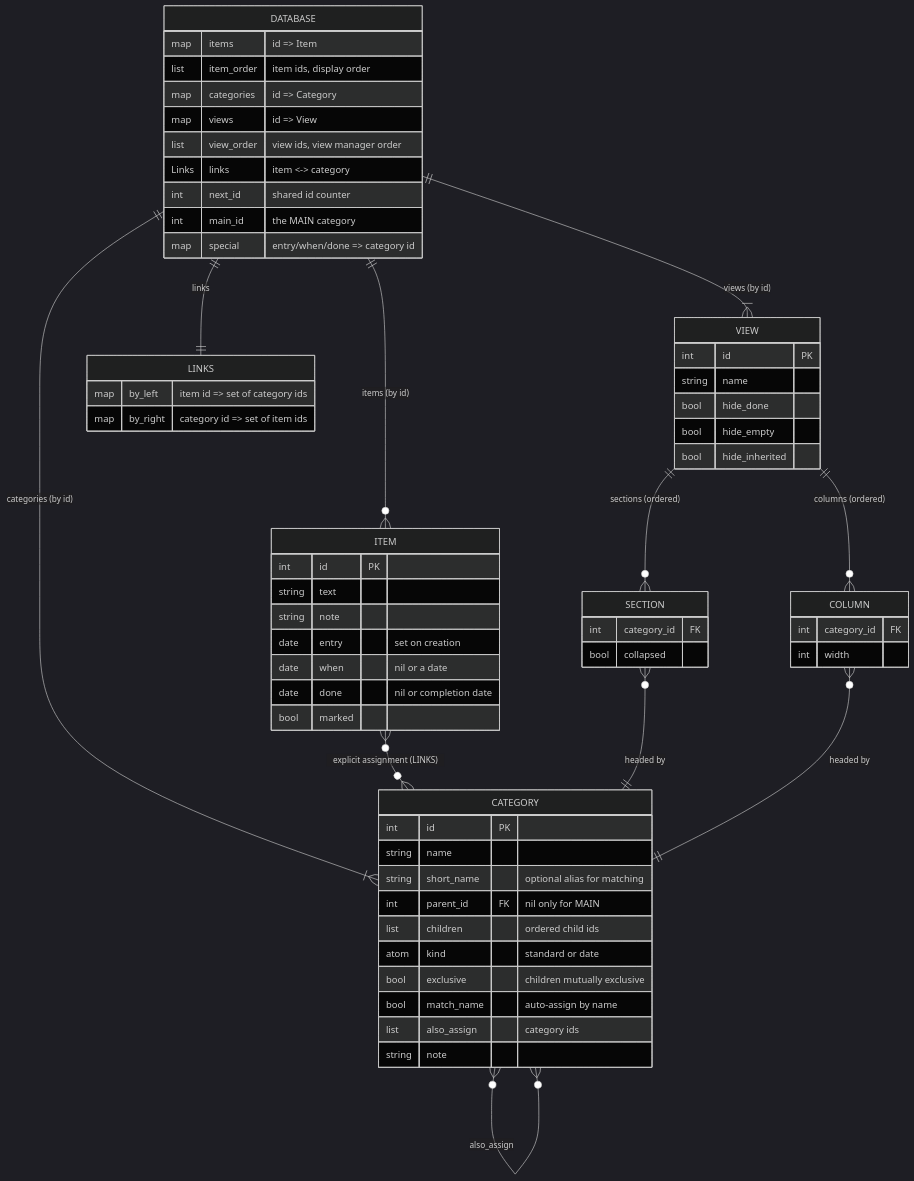
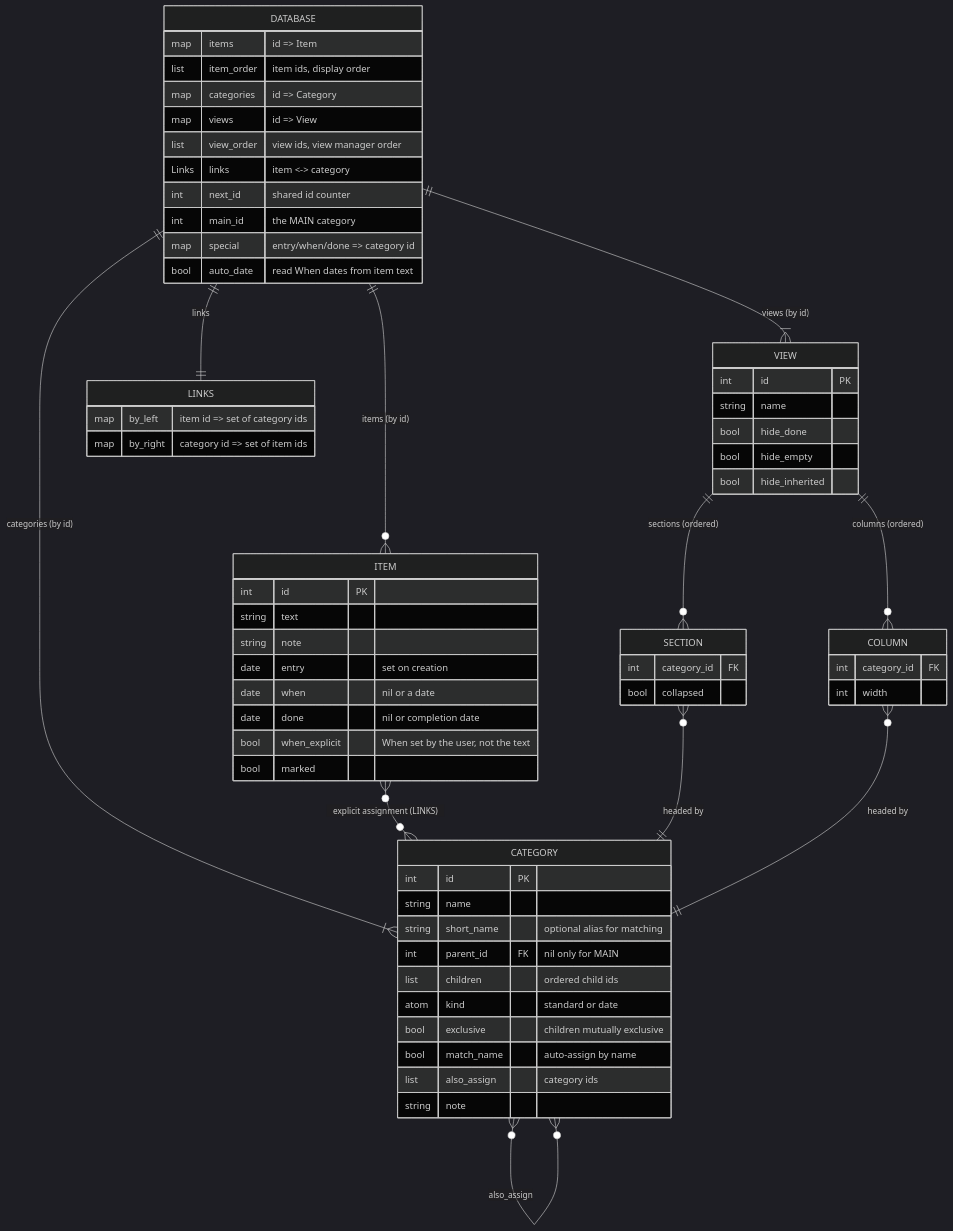
The first of 6 diagrams in docs/DATA_MODEL.md (jamting/agendum), drawn with Mermaid (dark theme) before and after one commit. The commit also changed other lines of this file and 21 other files, not shown here.

First line of the commit message:
Read When dates from item text (R14)

````diff
--- a/docs/DATA_MODEL.md
+++ b/docs/DATA_MODEL.md
@@ -12,66 +12,68 @@
 ```mermaid
 erDiagram
     DATABASE ||--o{ ITEM : "items (by id)"
     DATABASE ||--|{ CATEGORY : "categories (by id)"
     DATABASE ||--|{ VIEW : "views (by id)"
     DATABASE ||--|| LINKS : "links"
     CATEGORY ||--o{ CATEGORY : "children (ordered)"
     ITEM }o--o{ CATEGORY : "explicit assignment (LINKS)"
     CATEGORY }o--o{ CATEGORY : "also_assign"
     VIEW ||--o{ SECTION : "sections (ordered)"
     VIEW ||--o{ COLUMN : "columns (ordered)"
     SECTION }o--|| CATEGORY : "headed by"
     COLUMN }o--|| CATEGORY : "headed by"
 
     DATABASE {
         map items "id => Item"
         list item_order "item ids, display order"
         map categories "id => Category"
         map views "id => View"
         list view_order "view ids, view manager order"
         Links links "item <-> category"
         int next_id "shared id counter"
         int main_id "the MAIN category"
         map special "entry/when/done => category id"
+        bool auto_date "read When dates from item text"
     }
     ITEM {
         int id PK
         string text
         string note
         date entry "set on creation"
         date when "nil or a date"
         date done "nil or completion date"
+        bool when_explicit "When set by the user, not the text"
         bool marked
     }
     CATEGORY {
         int id PK
         string name
         string short_name "optional alias for matching"
         int parent_id FK "nil only for MAIN"
         list children "ordered child ids"
         atom kind "standard or date"
         bool exclusive "children mutually exclusive"
         bool match_name "auto-assign by name"
         list also_assign "category ids"
         string note
     }
     VIEW {
         int id PK
         string name
         bool hide_done
         bool hide_empty
         bool hide_inherited
     }
     SECTION {
         int category_id FK
         bool collapsed
     }
     COLUMN {
         int category_id FK
         int width
     }
     LINKS {
         map by_left "item id => set of category ids"
         map by_right "category id => set of item ids"
     }
 ```
````
